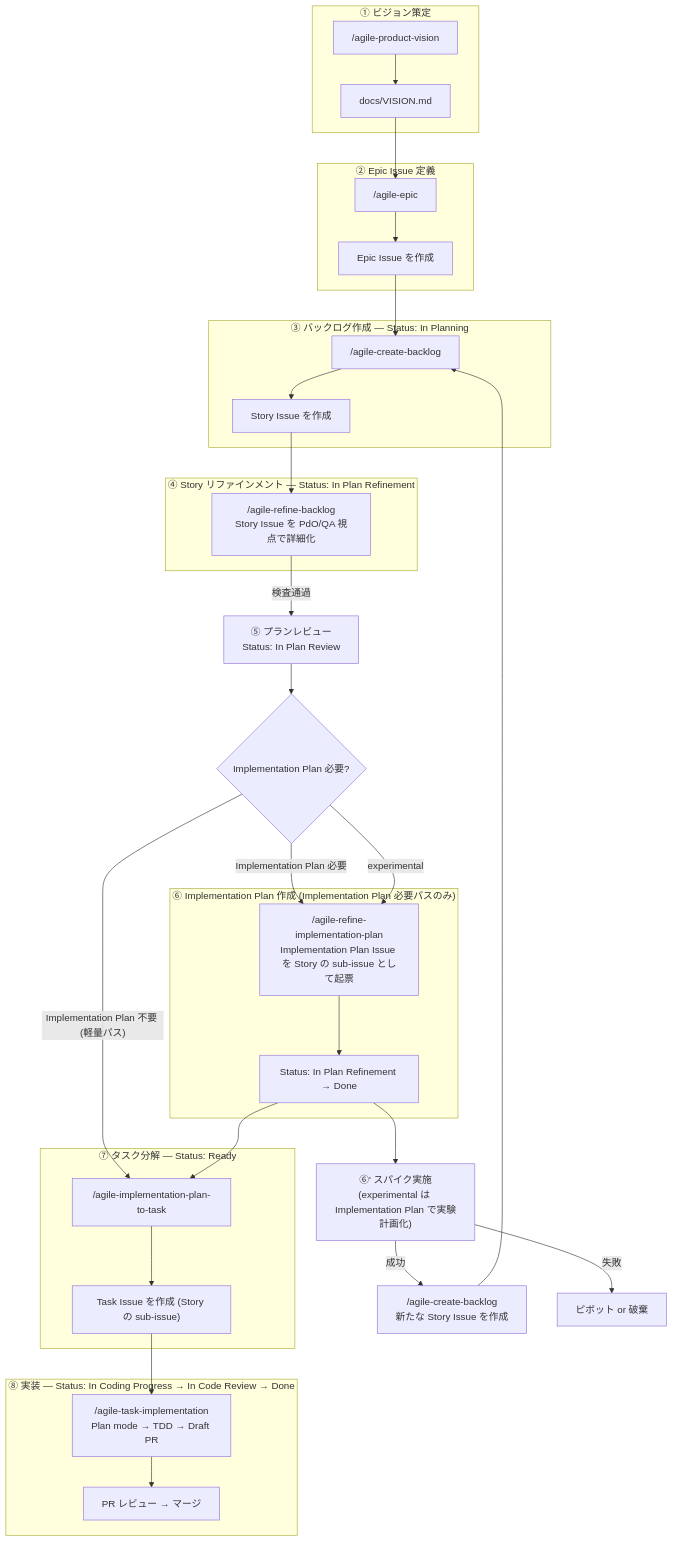
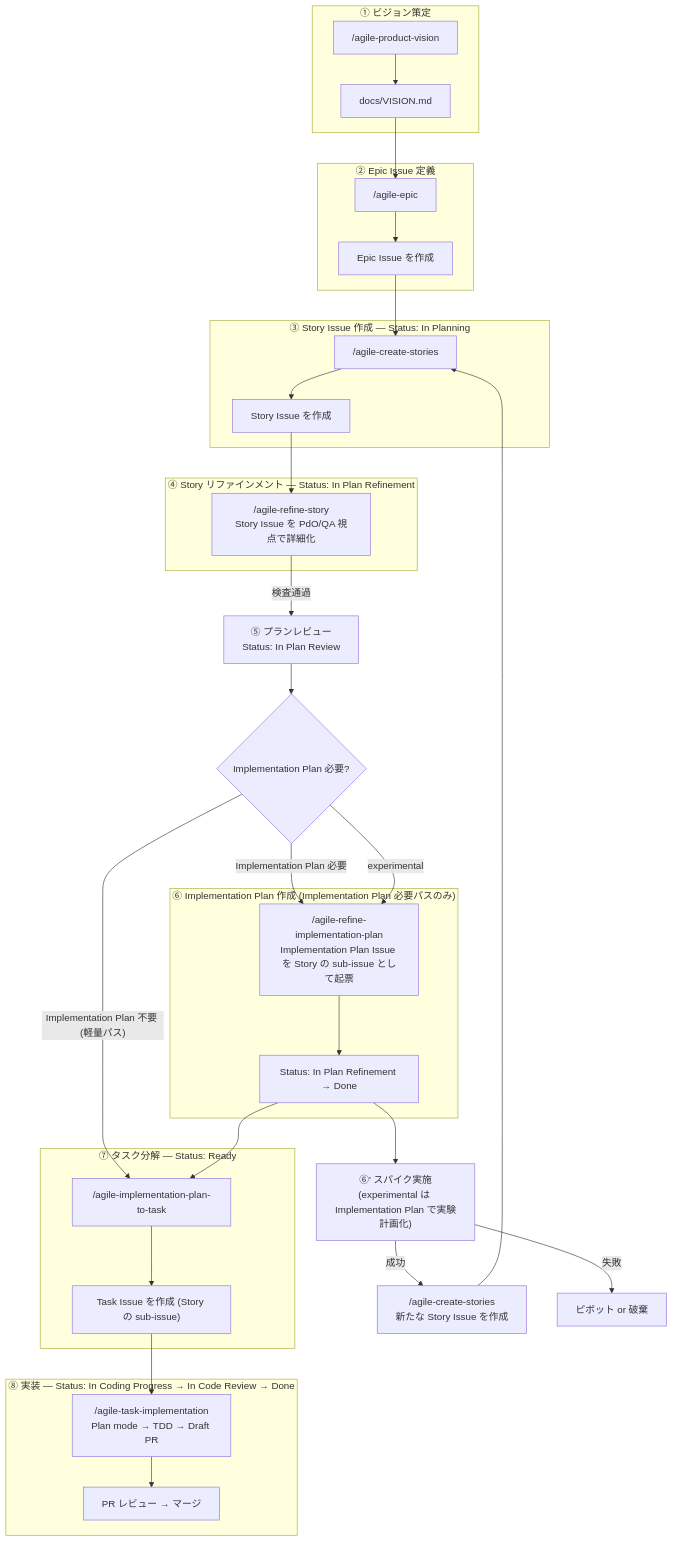
Before and after one commit to mrtry-lab/skills: the diagram in docs/agile-workflow/README.md, drawn with Mermaid. The commit also changed other lines of this file and 23 other files, not shown here.

First line of the commit message:
refactor: rename agile-create-backlog/agile-refine-backlog to use "story"

````diff
--- a/docs/agile-workflow/README.md
+++ b/docs/agile-workflow/README.md
@@ -30,64 +30,64 @@
 ```mermaid
 flowchart TB
   subgraph vision["① ビジョン策定"]
     v1["/agile-product-vision"]
     v2["docs/VISION.md"]
     v1 --> v2
   end
 
   subgraph epicdef["② Epic Issue 定義"]
     e1["/agile-epic"]
     e2["Epic Issue を作成"]
     e1 --> e2
   end
 
-  subgraph planning["③ バックログ作成 — Status: In Planning"]
-    b1["/agile-create-backlog"]
+  subgraph planning["③ Story Issue 作成 — Status: In Planning"]
+    b1["/agile-create-stories"]
     b2["Story Issue を作成"]
     b1 --> b2
   end
 
   subgraph refinement["④ Story リファインメント — Status: In Plan Refinement"]
-    r1["/agile-refine-backlog\nStory Issue を PdO/QA 視点で詳細化"]
+    r1["/agile-refine-story\nStory Issue を PdO/QA 視点で詳細化"]
   end
 
   review["⑤ プランレビュー\nStatus: In Plan Review"]
 
   plan_decision{"Implementation Plan 必要?"}
 
   subgraph plan_phase["⑥ Implementation Plan 作成 (Implementation Plan 必要パスのみ)"]
     p1["/agile-refine-implementation-plan\nImplementation Plan Issue を Story の sub-issue として起票"]
     p2["Status: In Plan Refinement → Done"]
     p1 --> p2
   end
 
   subgraph taskphase["⑦ タスク分解 — Status: Ready"]
     t1["/agile-implementation-plan-to-task"]
     t2["Task Issue を作成 (Story の sub-issue)"]
     t1 --> t2
   end
 
   subgraph coding["⑧ 実装 — Status: In Coding Progress → In Code Review → Done"]
     c1["/agile-task-implementation\nPlan mode → TDD → Draft PR"]
     c2["PR レビュー → マージ"]
     c1 --> c2
   end
 
   spike["⑥' スパイク実施\n(experimental は Implementation Plan で実験計画化)"]
-  newstory["/agile-create-backlog\n新たな Story Issue を作成"]
+  newstory["/agile-create-stories\n新たな Story Issue を作成"]
   pivot["ピボット or 破棄"]
 
   v2 --> e1
   e2 --> b1
   b2 --> r1
   r1 -- "検査通過" --> review --> plan_decision
   plan_decision -- "Implementation Plan 必要" --> p1
   plan_decision -- "Implementation Plan 不要 (軽量パス)" --> t1
   p2 --> t1
   t2 --> c1
   plan_decision -- "experimental" --> p1
   p2 --> spike
   spike -- "成功" --> newstory
   spike -- "失敗" --> pivot
   newstory --> b1
 ```
````
